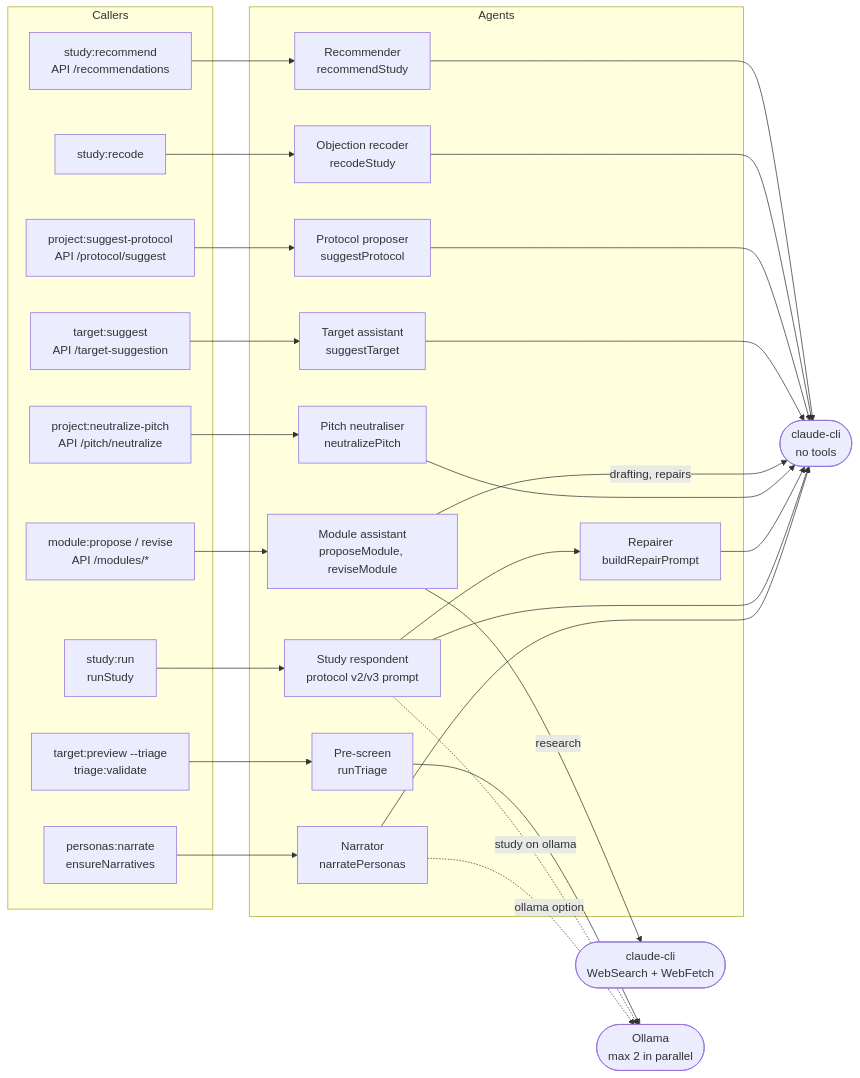
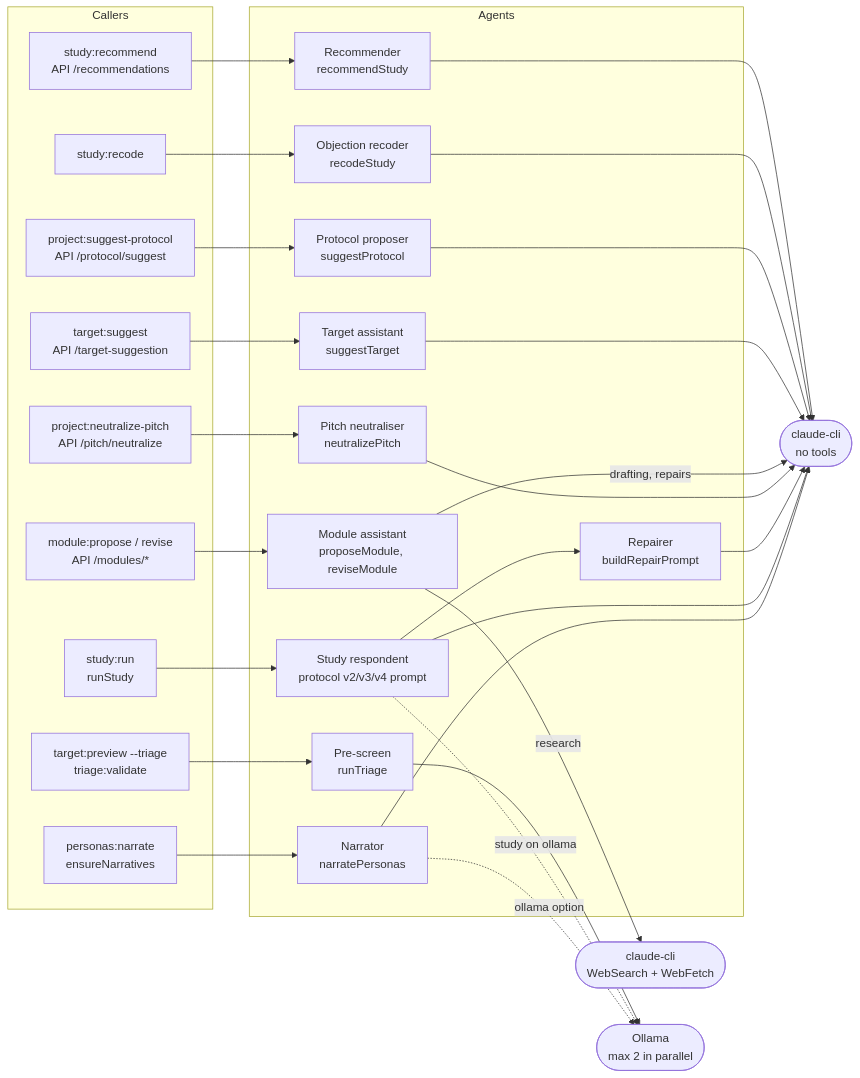
Before and after one commit to ArmanetPierre/personas: the sixth of 8 diagrams in docs/architecture.md, drawn with Mermaid. The commit also changed other lines of this file and 345 other files, not shown here.

````diff
--- a/docs/architecture.md
+++ b/docs/architecture.md
@@ -384,52 +384,52 @@
 ```mermaid
 flowchart LR
     subgraph Callers
         N1["personas:narrate<br/>ensureNarratives"]
         S1["study:run<br/>runStudy"]
         T1["target:preview --triage<br/>triage:validate"]
         PN["project:neutralize-pitch<br/>API /pitch/neutralize"]
         MA["module:propose / revise<br/>API /modules/*"]
         TS["target:suggest<br/>API /target-suggestion"]
         PS["project:suggest-protocol<br/>API /protocol/suggest"]
         RC["study:recode"]
         RE["study:recommend<br/>API /recommendations"]
     end
     subgraph Agents
         A1["Narrator<br/>narratePersonas"]
-        A2["Study respondent<br/>protocol v2/v3 prompt"]
+        A2["Study respondent<br/>protocol v2/v3/v4 prompt"]
         A3["Repairer<br/>buildRepairPrompt"]
         A4["Pre-screen<br/>runTriage"]
         A5["Pitch neutraliser<br/>neutralizePitch"]
         A6["Module assistant<br/>proposeModule, reviseModule"]
         A7["Target assistant<br/>suggestTarget"]
         A8["Protocol proposer<br/>suggestProtocol"]
         A9["Objection recoder<br/>recodeStudy"]
         A10["Recommender<br/>recommendStudy"]
     end
     CC(["claude-cli<br/>no tools"])
     CW(["claude-cli<br/>WebSearch + WebFetch"])
     OL(["Ollama<br/>max 2 in parallel"])
 
     N1 --> A1
     S1 --> A2 --> A3
     T1 --> A4
     PN --> A5
     MA --> A6
     TS --> A7
     PS --> A8
     RC --> A9
     RE --> A10
     A1 --> CC
     A1 -.->|"ollama option"| OL
     A2 --> CC
     A2 -.->|"study on ollama"| OL
     A3 --> CC
     A4 --> OL
     A5 --> CC
     A6 -->|"research"| CW
     A6 -->|"drafting, repairs"| CC
     A7 --> CC
     A8 --> CC
     A9 --> CC
     A10 --> CC
 ```
````
